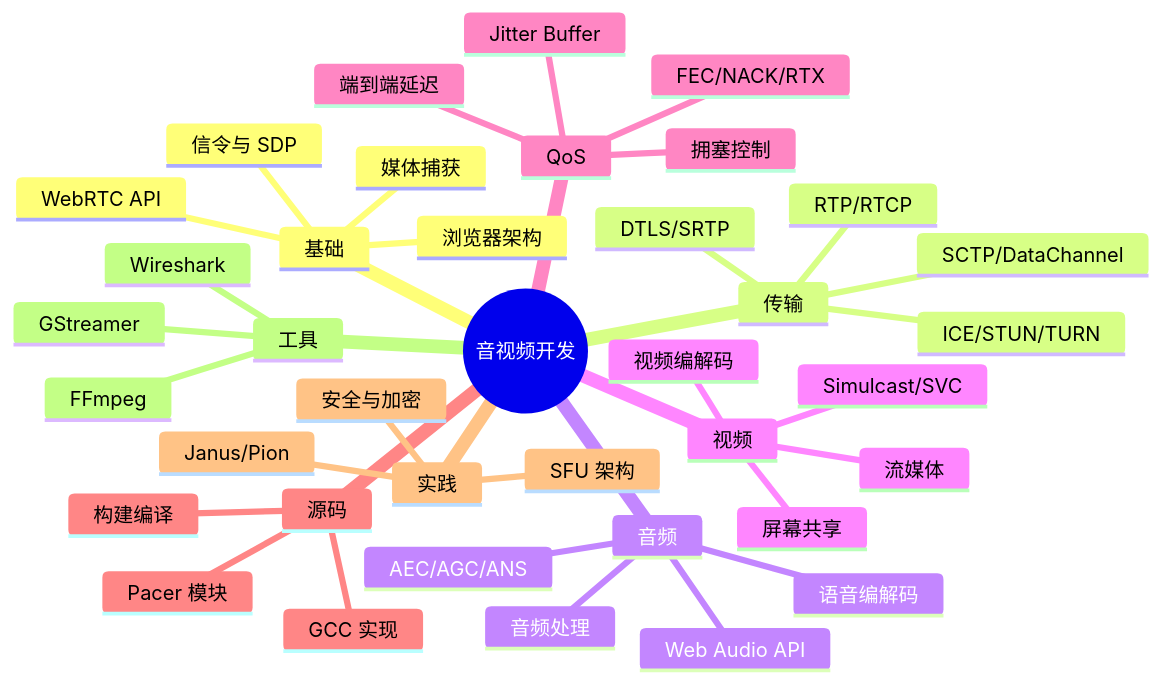
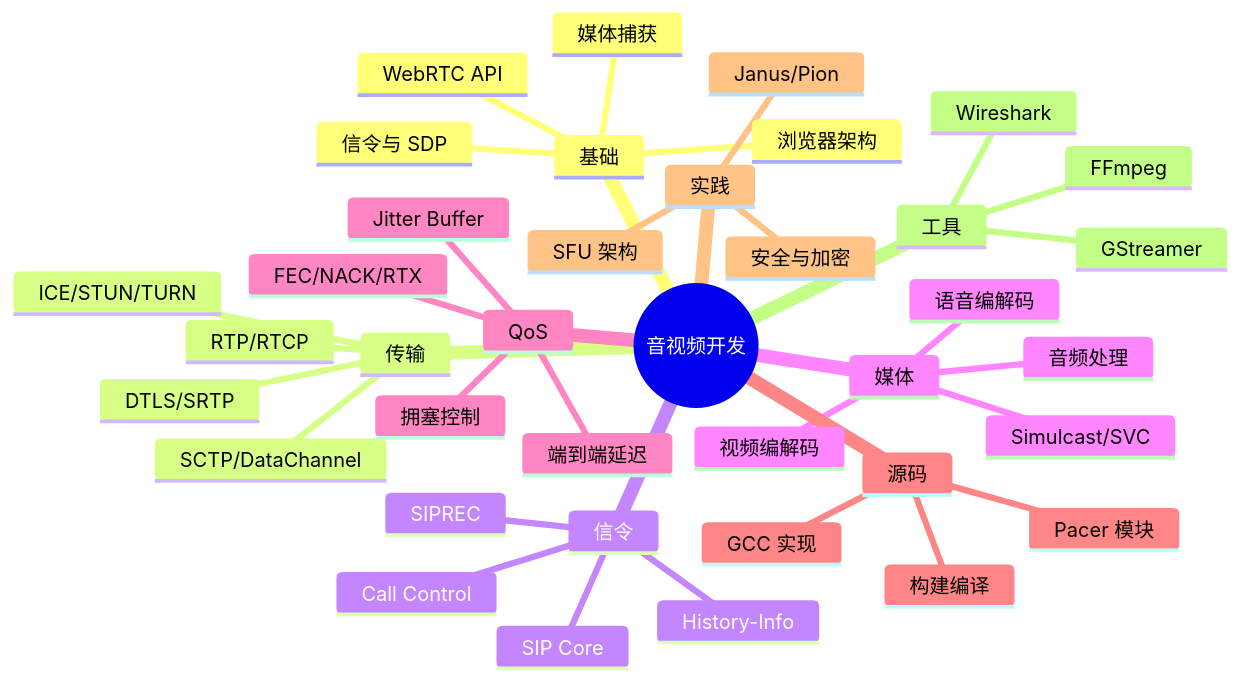
One commit to walterfan/webrtc_note changed the diagram in source/index.rst. Above: the diagram before and after it, drawn with Mermaid. The commit also changed other lines of this file and 178 other files, not shown here.

```diff
--- a/source/index.rst
+++ b/source/index.rst
@@ -13,41 +13,41 @@
 .. mermaid::
 
    mindmap
      root((音视频开发))
        基础
          浏览器架构
          WebRTC API
          信令与 SDP
          媒体捕获
        传输
          ICE/STUN/TURN
          DTLS/SRTP
          RTP/RTCP
          SCTP/DataChannel
-       音频
+       信令
+         SIP Core
+         Call Control
+         History-Info
+         SIPREC
+       媒体
          语音编解码
          音频处理
-         AEC/AGC/ANS
-         Web Audio API
-       视频
          视频编解码
          Simulcast/SVC
-         屏幕共享
-         流媒体
        QoS
          拥塞控制
          FEC/NACK/RTX
          Jitter Buffer
          端到端延迟
        源码
          构建编译
          GCC 实现
          Pacer 模块
        实践
          SFU 架构
          Janus/Pion
          安全与加密
        工具
          FFmpeg
          GStreamer
          Wireshark
```
